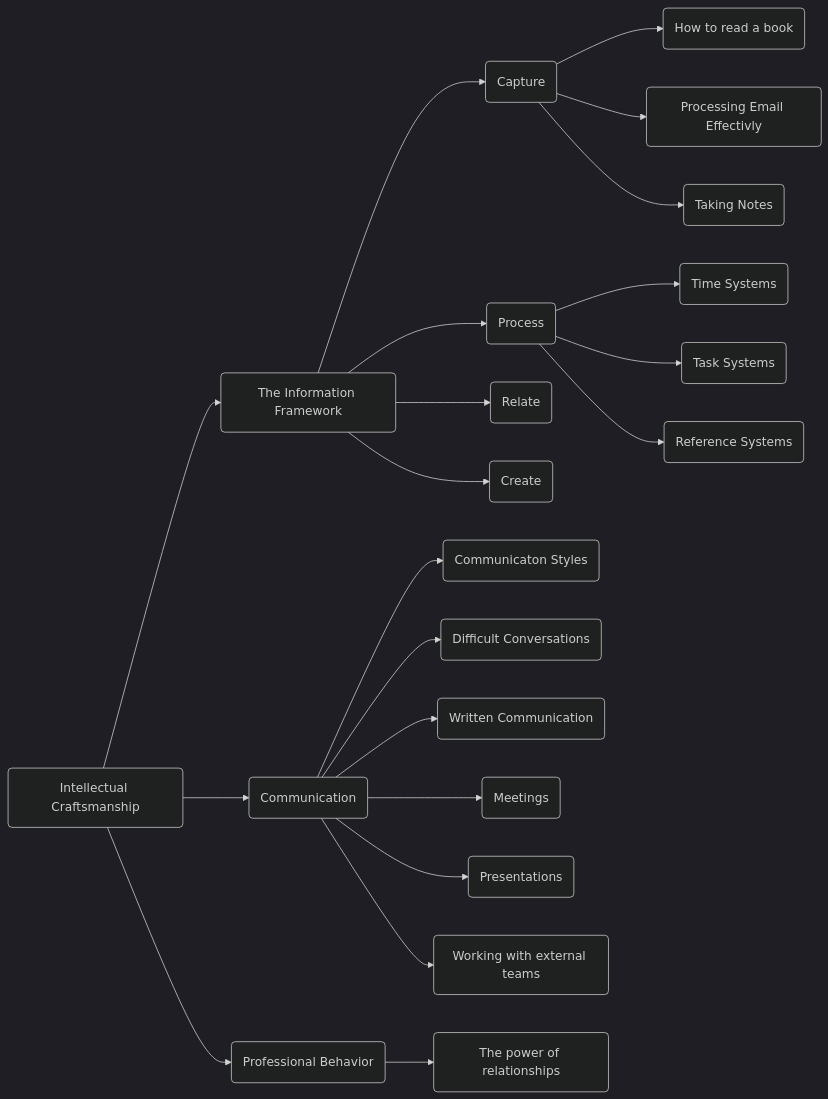
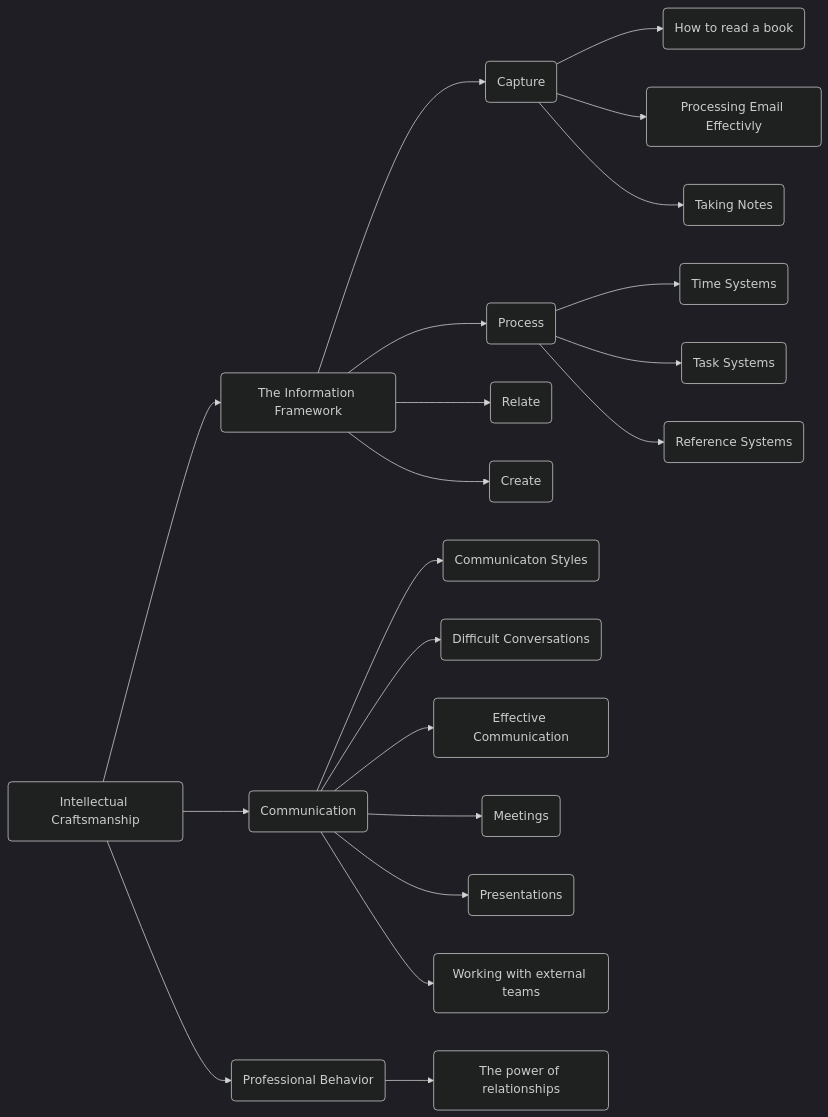
Before and after one commit to forrestpitz/forrestpitz.github.io: the diagram in _posts/2023-01-05-intro.md, drawn with Mermaid (dark theme). The commit also changed other lines of this file and 12 other files, not shown here.

Commit message:
updating disc page and turning communication in writing to effective communication since most of the guidance is not limited to writing alone

````diff
--- a/_posts/2023-01-05-intro.md
+++ b/_posts/2023-01-05-intro.md
@@ -71,44 +51,44 @@
 ```mermaid
 graph LR; 
   A(Intellectual Craftsmanship)-->B(The Information Framework)
   A-->C(Professional Behavior)
   A-->D(Communication)
   B-->E(Capture)
   E-->F(How to read a book)
   E-->G(Processing Email Effectivly)
   E-->H(Taking Notes)
   B-->I(Process)
   I-->J(Time Systems)
   I-->K(Task Systems)
   I-->L(Reference Systems)
   B-->M(Relate)  
   B-->N(Create)
   D-->O(Communicaton Styles)
   D-->P(Difficult Conversations)
-  D-->Q(Written Communication)
+  D-->Q(Effective Communication)
   D-->R(Meetings)
   D-->S(Presentations)
   D-->T(Working with external teams)
   C-->U(The power of relationships)
 
   click B "{% post_url 2023-01-05-info-framework %}"
   click C "{% post_url 2023-01-05-professionalbehavior %}"
   click D "{% post_url 2023-01-05-communication %}"
   click E "{% post_url 2023-01-05-capture %}"
   click F "{% post_url 2023-01-05-readabook %}"
   click G "{% post_url 2023-01-05-email %}"
   click H "{% post_url 2023-01-05-notetaking %}"
   click I "{% post_url 2023-01-05-process %}"
   click J "{% post_url 2023-01-05-timesystems %}"
   click K "{% post_url 2023-01-05-tasksystems %}"
   click L "{% post_url 2023-01-05-referencesystems %}"
   click M "{% post_url 2023-01-05-relate %}"
   click N "{% post_url 2023-01-05-create %}"
   click O "{% post_url 2023-01-05-communicationstyles %}"
   click P "{% post_url 2023-01-05-difficultconversations %}"
-  click Q "{% post_url 2023-01-05-writtencommunication %}"
+  click Q "{% post_url 2023-01-05-effective-communication %}"
   click R "{% post_url 2023-01-05-meetings %}"
   click S "{% post_url 2023-01-05-presentations %}"
   click T "{% post_url 2023-01-05-externalteams %}"
   click U "{% post_url 2023-01-05-relationships %}"
 ```
````
